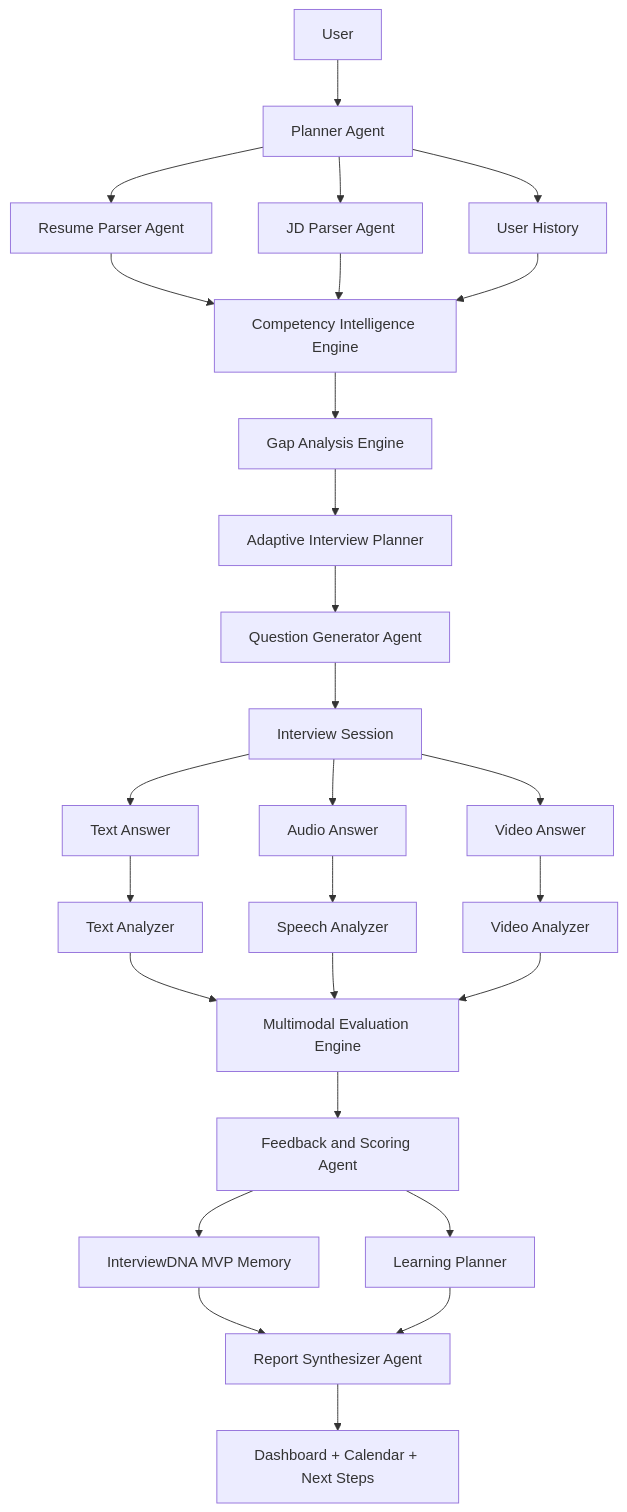
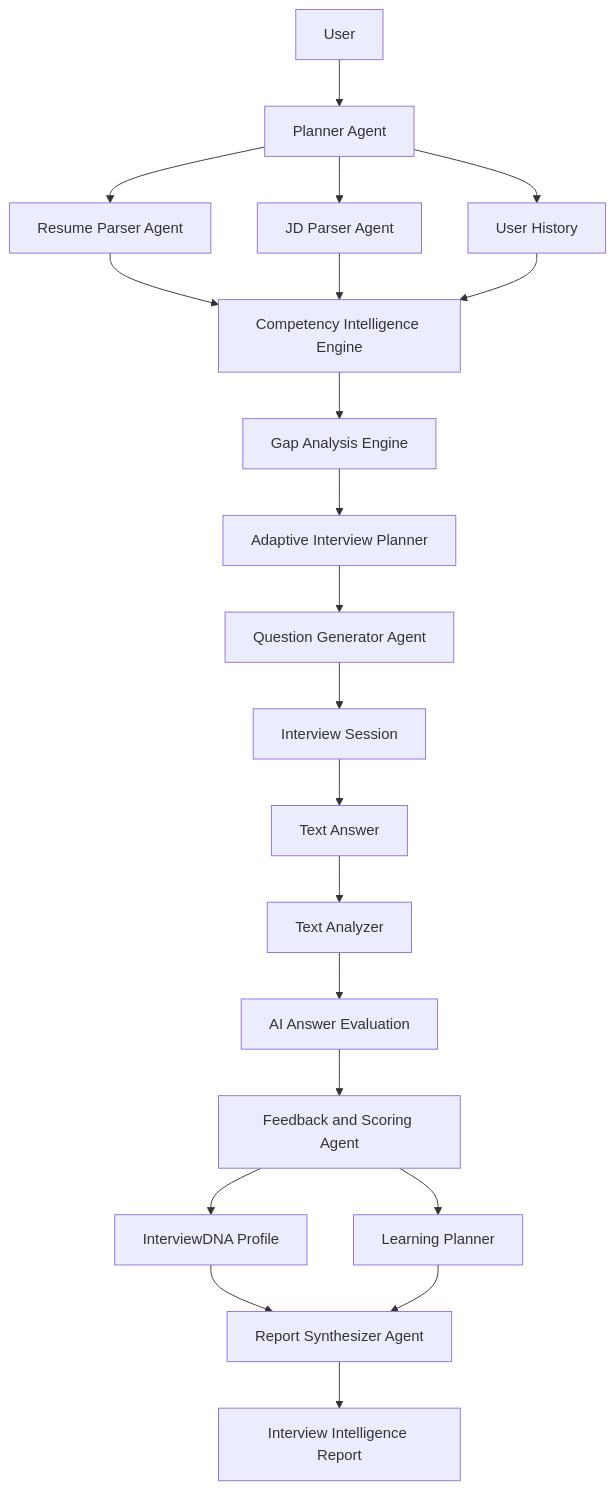
The first of 2 diagrams in docs/agent-workflow.md (ravizf/Lumify), drawn with Mermaid before and after one commit. The commit also changed other lines of this file and 9 other files, not shown here.

````diff
--- a/docs/agent-workflow.md
+++ b/docs/agent-workflow.md
@@ -8,29 +9,23 @@
 ```mermaid
 flowchart TD
   A[User] --> B[Planner Agent]
   B --> C[Resume Parser Agent]
   B --> D[JD Parser Agent]
   B --> E[User History]
   C --> F[Competency Intelligence Engine]
   D --> F
   E --> F
   F --> G[Gap Analysis Engine]
   G --> H[Adaptive Interview Planner]
   H --> I[Question Generator Agent]
   I --> J[Interview Session]
   J --> K[Text Answer]
-  J --> L[Audio Answer]
-  J --> M[Video Answer]
   K --> N[Text Analyzer]
-  L --> O[Speech Analyzer]
-  M --> P[Video Analyzer]
-  N --> Q[Multimodal Evaluation Engine]
-  O --> Q
-  P --> Q
+  N --> Q[AI Answer Evaluation]
   Q --> R[Feedback and Scoring Agent]
-  R --> S[InterviewDNA MVP Memory]
+  R --> S[InterviewDNA Profile]
   R --> T[Learning Planner]
   S --> U[Report Synthesizer Agent]
   T --> U
-  U --> V[Dashboard + Calendar + Next Steps]
+  U --> V[Interview Intelligence Report]
 ```
````
